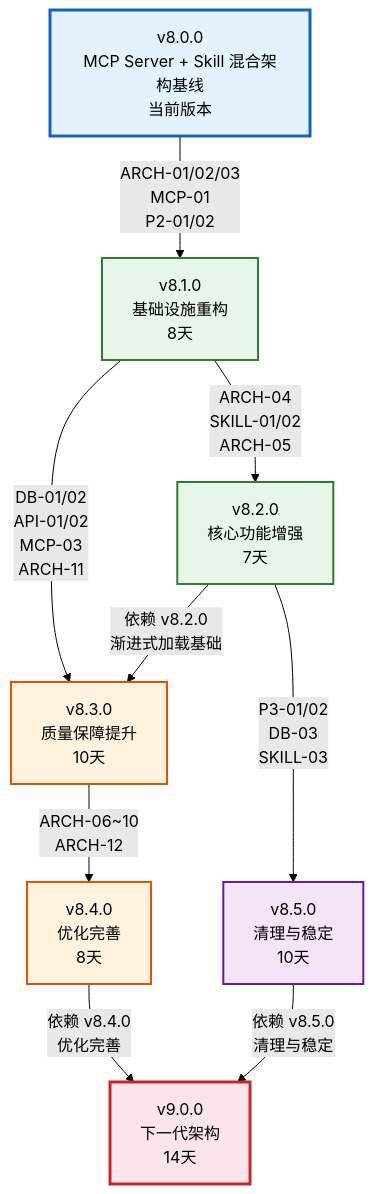
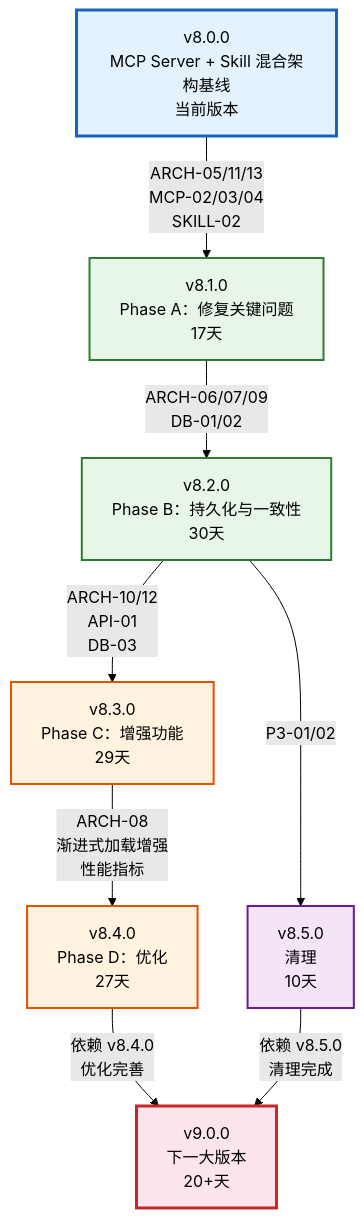
Before and after one commit to xuanyuanchumo/xuansto: the sixth of 6 diagrams in docs/plan/v-l.md, drawn with Mermaid (forest theme). The commit also changed other lines of this file and 139 other files, not shown here.

````diff
--- a/docs/plan/v-l.md
+++ b/docs/plan/v-l.md
@@ -355,27 +447,26 @@
 ```mermaid
 flowchart TD
     V800["v8.0.0<br/>MCP Server + Skill 混合架构基线<br/>当前版本"]
-    V810["v8.1.0<br/>基础设施重构<br/>8天"]
-    V820["v8.2.0<br/>核心功能增强<br/>7天"]
-    V830["v8.3.0<br/>质量保障提升<br/>10天"]
-    V840["v8.4.0<br/>优化完善<br/>8天"]
-    V850["v8.5.0<br/>清理与稳定<br/>10天"]
-    V900["v9.0.0<br/>下一代架构<br/>14天"]
+    V810["v8.1.0<br/>Phase A：修复关键问题<br/>17天"]
+    V820["v8.2.0<br/>Phase B：持久化与一致性<br/>30天"]
+    V830["v8.3.0<br/>Phase C：增强功能<br/>29天"]
+    V840["v8.4.0<br/>Phase D：优化<br/>27天"]
+    V850["v8.5.0<br/>清理<br/>10天"]
+    V900["v9.0.0<br/>下一大版本<br/>20+天"]
 
-    V800 -->|"ARCH-01/02/03<br/>MCP-01<br/>P2-01/02"| V810
-    V810 -->|"ARCH-04<br/>SKILL-01/02<br/>ARCH-05"| V820
-    V810 -->|"DB-01/02<br/>API-01/02<br/>MCP-03<br/>ARCH-11"| V830
-    V820 -->|"依赖 v8.2.0<br/>渐进式加载基础"| V830
-    V830 -->|"ARCH-06~10<br/>ARCH-12"| V840
-    V820 -->|"P3-01/02<br/>DB-03<br/>SKILL-03"| V850
+    V800 -->|"ARCH-05/11/13<br/>MCP-02/03/04<br/>SKILL-02"| V810
+    V810 -->|"ARCH-06/07/09<br/>DB-01/02"| V820
+    V820 -->|"ARCH-10/12<br/>API-01<br/>DB-03"| V830
+    V830 -->|"ARCH-08<br/>渐进式加载增强<br/>性能指标"| V840
+    V820 -->|"P3-01/02"| V850
     V840 -->|"依赖 v8.4.0<br/>优化完善"| V900
-    V850 -->|"依赖 v8.5.0<br/>清理与稳定"| V900
+    V850 -->|"依赖 v8.5.0<br/>清理完成"| V900
 
     style V800 fill:#e3f2fd,stroke:#1565c0,stroke-width:3px
     style V810 fill:#e8f5e9,stroke:#2e7d32,stroke-width:2px
     style V820 fill:#e8f5e9,stroke:#2e7d32,stroke-width:2px
     style V830 fill:#fff3e0,stroke:#e65100,stroke-width:2px
     style V840 fill:#fff3e0,stroke:#e65100,stroke-width:2px
     style V850 fill:#f3e5f5,stroke:#6a1b9a,stroke-width:2px
     style V900 fill:#fce4ec,stroke:#c62828,stroke-width:3px
 ```
````
